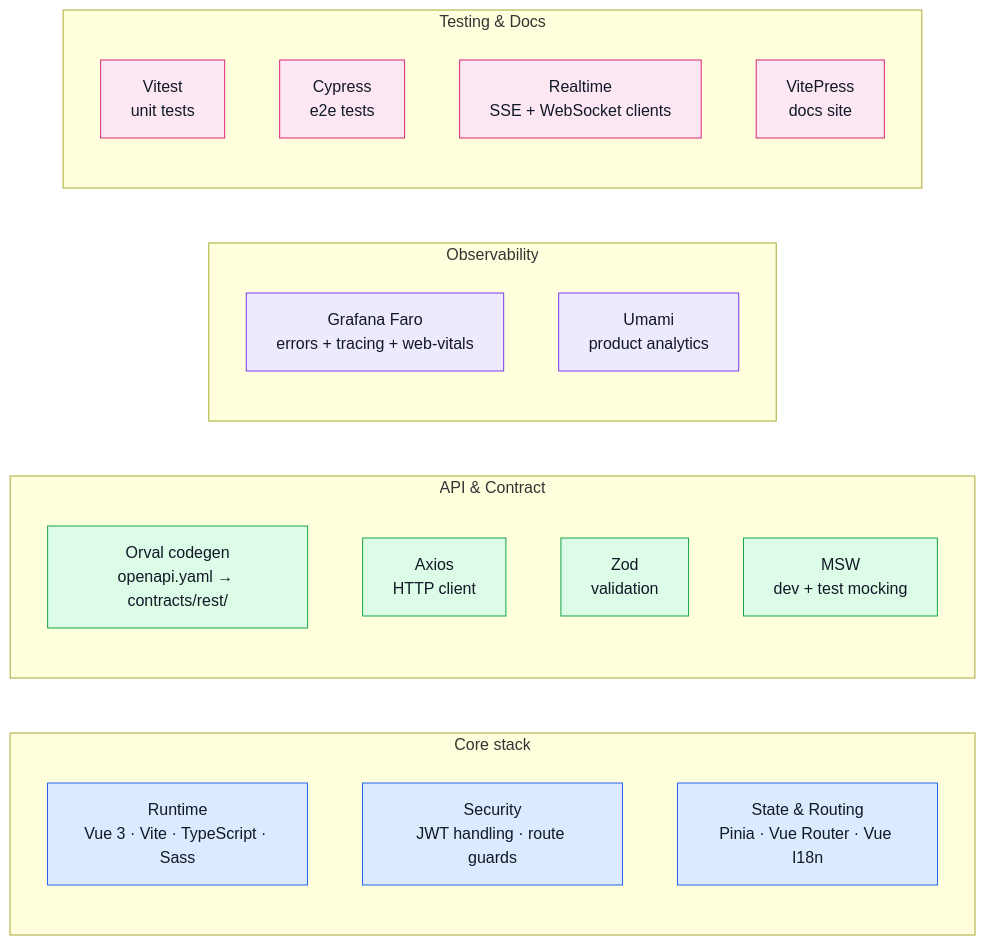
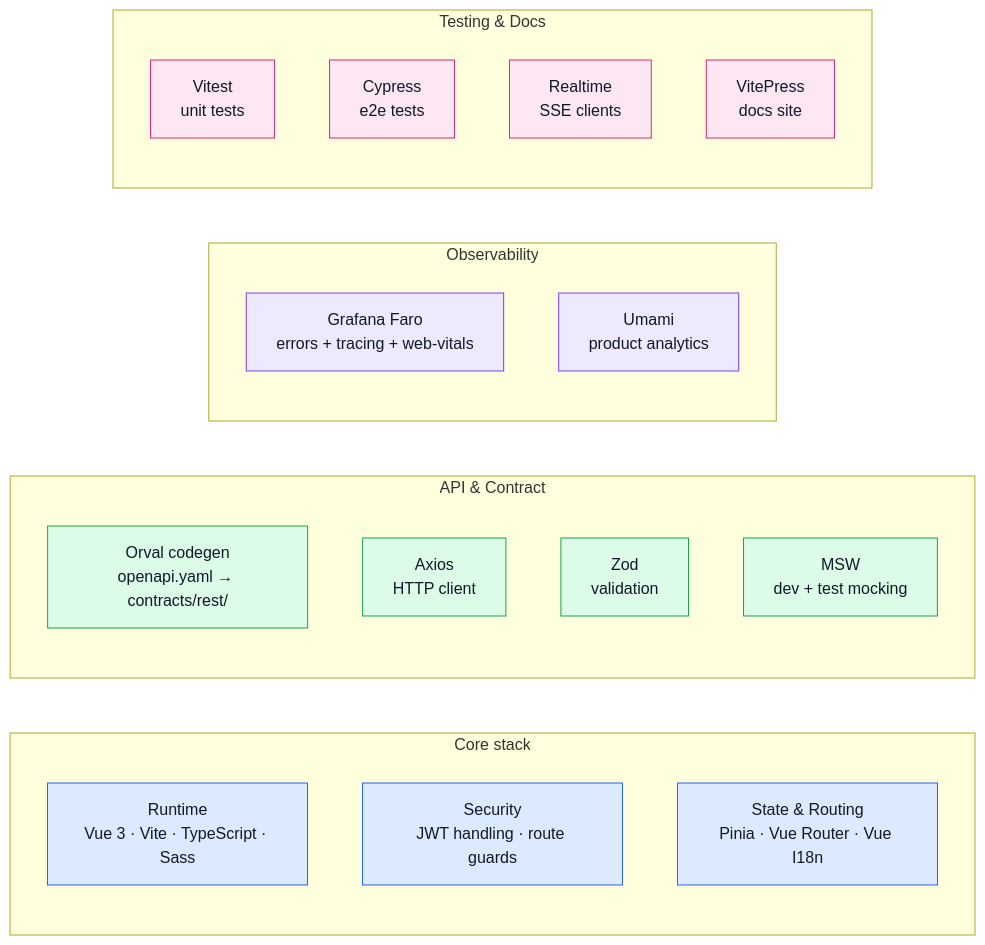
One commit to Guebbit/boilerplate-vue-frontend changed the diagram in docs/tools/index.md. Above: the diagram before and after it, drawn with Mermaid. The commit also changed other lines of this file and 148 other files, not shown here.

````diff
--- a/docs/tools/index.md
+++ b/docs/tools/index.md
@@ -9,37 +9,37 @@
 ```mermaid
 %%{init: {'flowchart': {'nodeSpacing': 55, 'rankSpacing': 75}}}%%
 flowchart LR
     subgraph Core["Core stack"]
         Runtime[Runtime\nVue 3 · Vite · TypeScript · Sass]
         Security[Security\nJWT handling · route guards]
         StateRouting[State & Routing\nPinia · Vue Router · Vue I18n]
     end
 
     subgraph API["API & Contract"]
         Orval[Orval codegen\nopenapi.yaml → contracts/rest/]
         Axios[Axios\nHTTP client]
         Zod[Zod\nvalidation]
         MSW[MSW\ndev + test mocking]
     end
 
     subgraph Obs["Observability"]
         Faro[Grafana Faro\nerrors + tracing + web-vitals]
         Umami[Umami\nproduct analytics]
     end
 
     subgraph Testing["Testing & Docs"]
         Vitest[Vitest\nunit tests]
         Cypress[Cypress\ne2e tests]
-        Realtime[Realtime\nSSE + WebSocket clients]
+        Realtime[Realtime\nSSE clients]
         VitePress[VitePress\ndocs site]
     end
 
     classDef core fill:#dbeafe,stroke:#2563eb,color:#111827;
     classDef api fill:#dcfce7,stroke:#16a34a,color:#111827;
     classDef obs fill:#ede9fe,stroke:#7c3aed,color:#111827;
     classDef test fill:#fce7f3,stroke:#db2777,color:#111827;
     class Runtime,Security,StateRouting core;
     class Orval,Axios,Zod,MSW api;
     class Faro,Umami obs;
     class Vitest,Cypress,Realtime,VitePress test;
 ```
````
